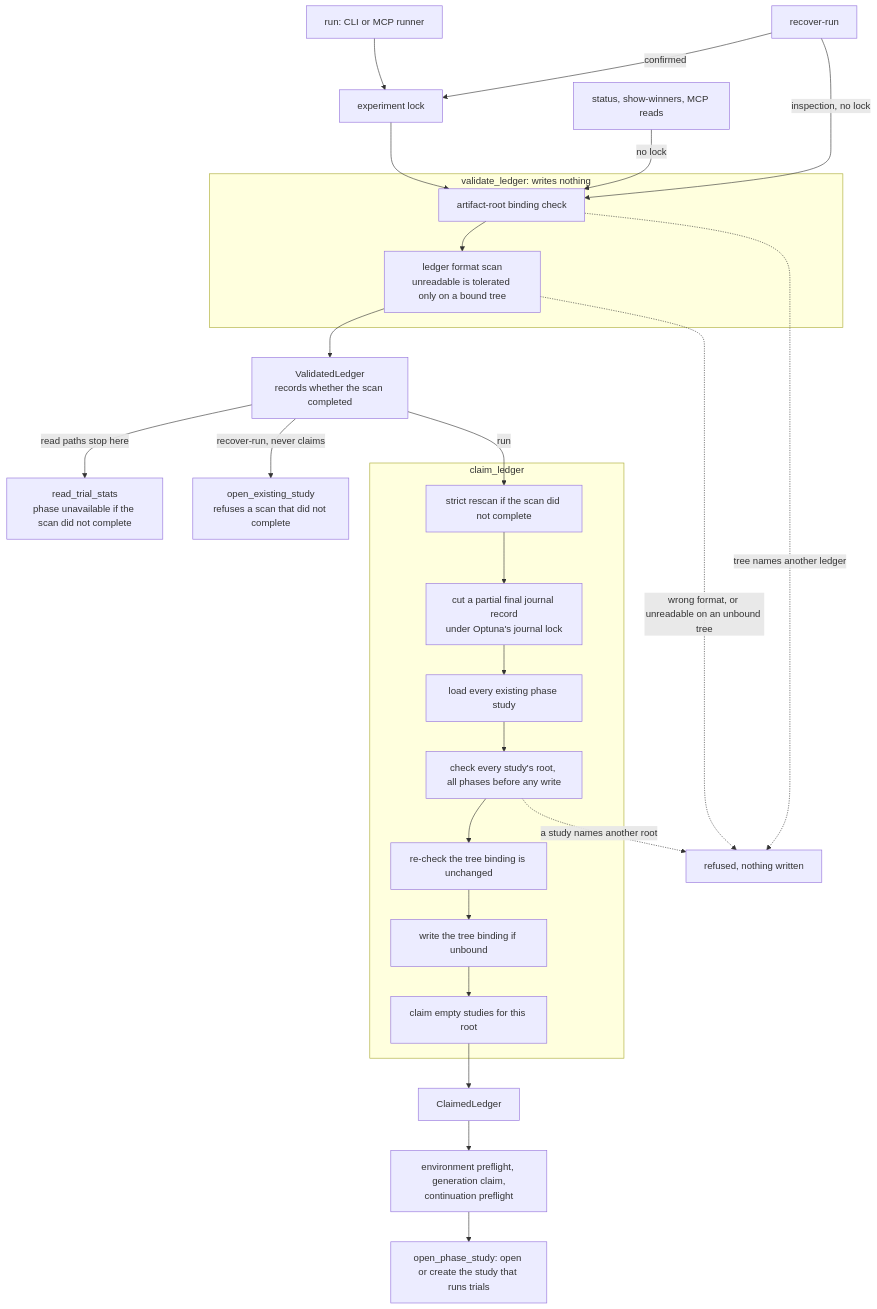
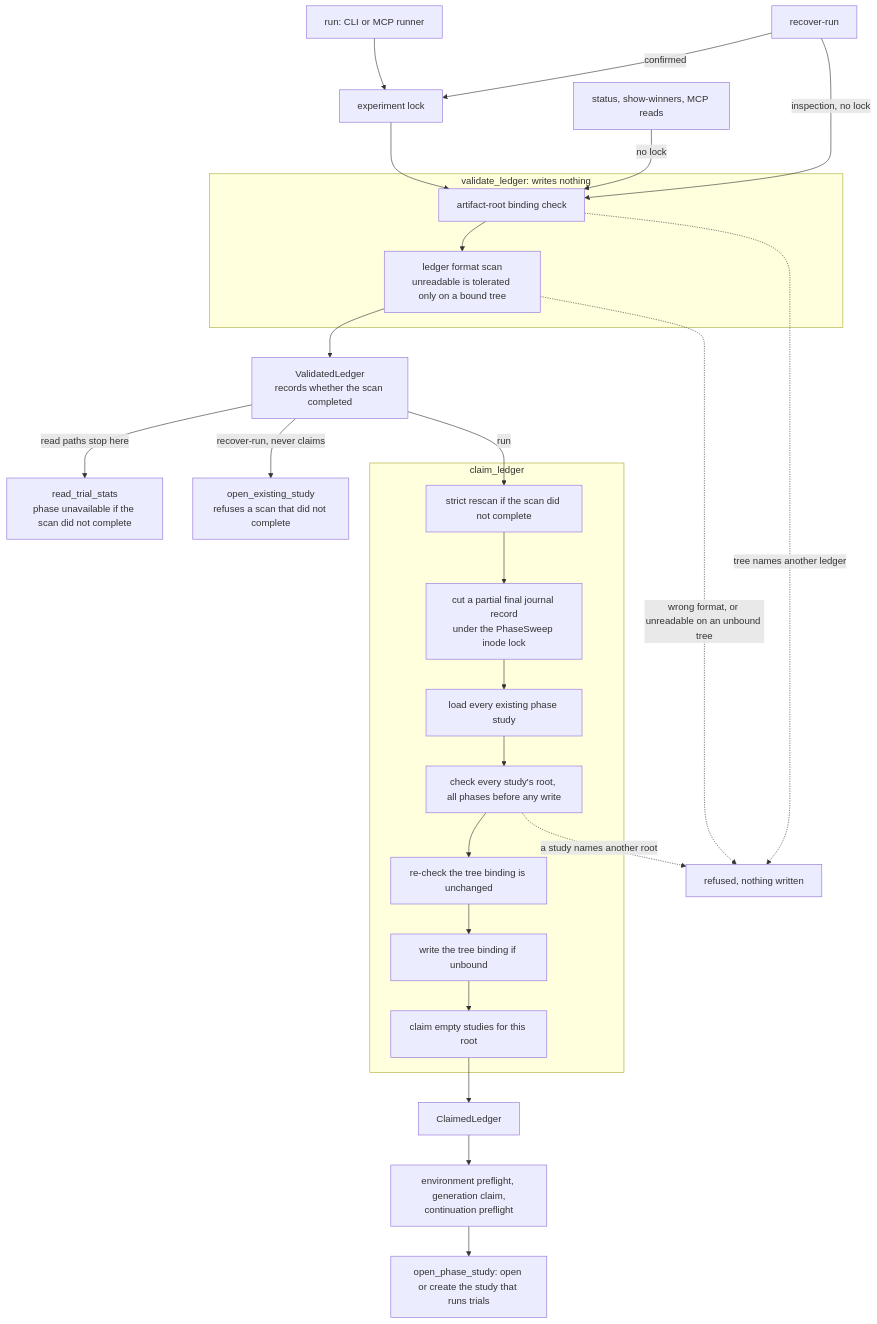
Before and after one commit to pszemraj/phasesweep: the diagram in docs/invariants.md, drawn with Mermaid. The commit also changed other lines of this file and 196 other files, not shown here.

````diff
--- a/docs/invariants.md
+++ b/docs/invariants.md
@@ -18,29 +15,29 @@
 ```mermaid
 flowchart TD
     run["run: CLI or MCP runner"] --> lock["experiment lock"]
     recover["recover-run"] -->|"confirmed"| lock
     recover -->|"inspection, no lock"| check
     reads["status, show-winners, MCP reads"] -->|"no lock"| check
     lock --> check
     subgraph validate["validate_ledger: writes nothing"]
         check["artifact-root binding check"] --> scan["ledger format scan<br/>unreadable is tolerated only on a bound tree"]
     end
     scan --> handle["ValidatedLedger<br/>records whether the scan completed"]
     handle -->|"read paths stop here"| ro["read_trial_stats<br/>phase unavailable if the scan did not complete"]
     handle -->|"recover-run, never claims"| existing["open_existing_study<br/>refuses a scan that did not complete"]
     handle -->|"run"| rescan
     subgraph claim["claim_ledger"]
-        rescan["strict rescan if the scan did not complete"] --> repair["cut a partial final journal record<br/>under Optuna's journal lock"]
+        rescan["strict rescan if the scan did not complete"] --> repair["cut a partial final journal record<br/>under the PhaseSweep inode lock"]
         repair --> discover["load every existing phase study"]
         discover --> roots["check every study's root, all phases before any write"]
         roots --> recheck["re-check the tree binding is unchanged"]
         recheck --> bind["write the tree binding if unbound"]
         bind --> claimst["claim empty studies for this root"]
     end
     claimst --> claimed["ClaimedLedger"]
     claimed --> pre["environment preflight, generation claim,<br/>continuation preflight"]
     pre --> open["open_phase_study: open or create the study that runs trials"]
     check -.->|"tree names another ledger"| refused["refused, nothing written"]
     scan -.->|"wrong format, or unreadable on an unbound tree"| refused
     roots -.->|"a study names another root"| refused
 ```
````
